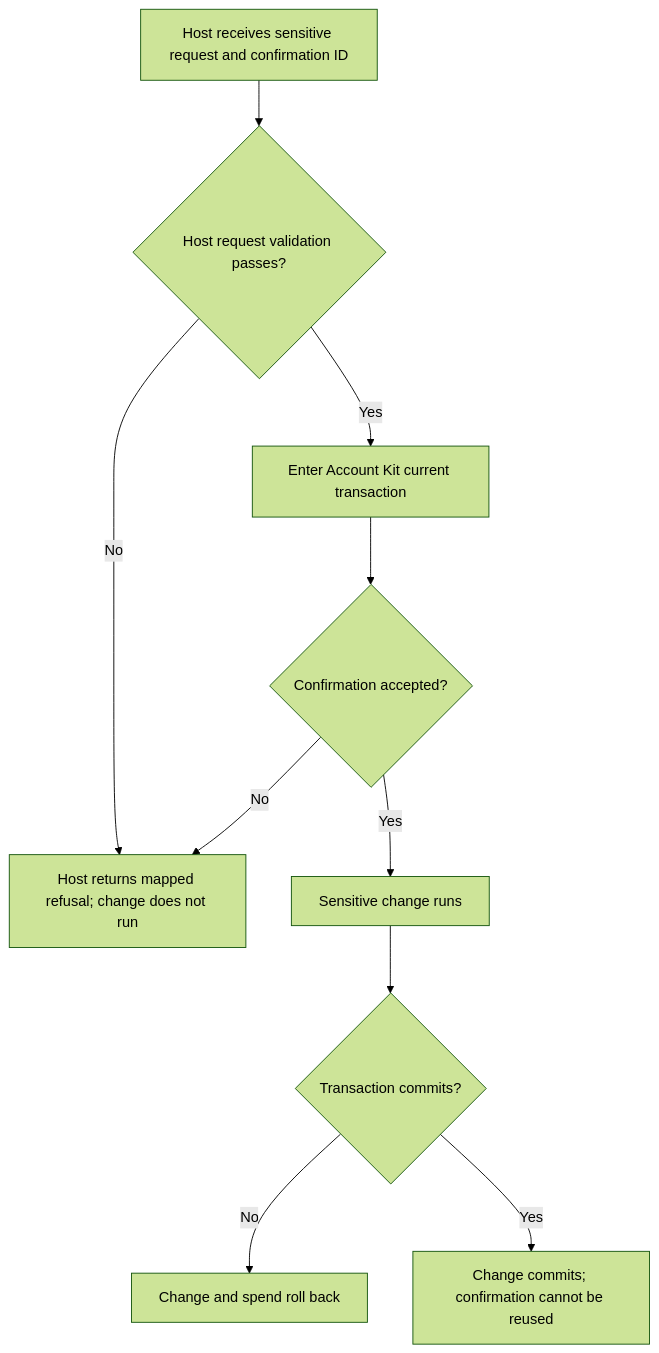
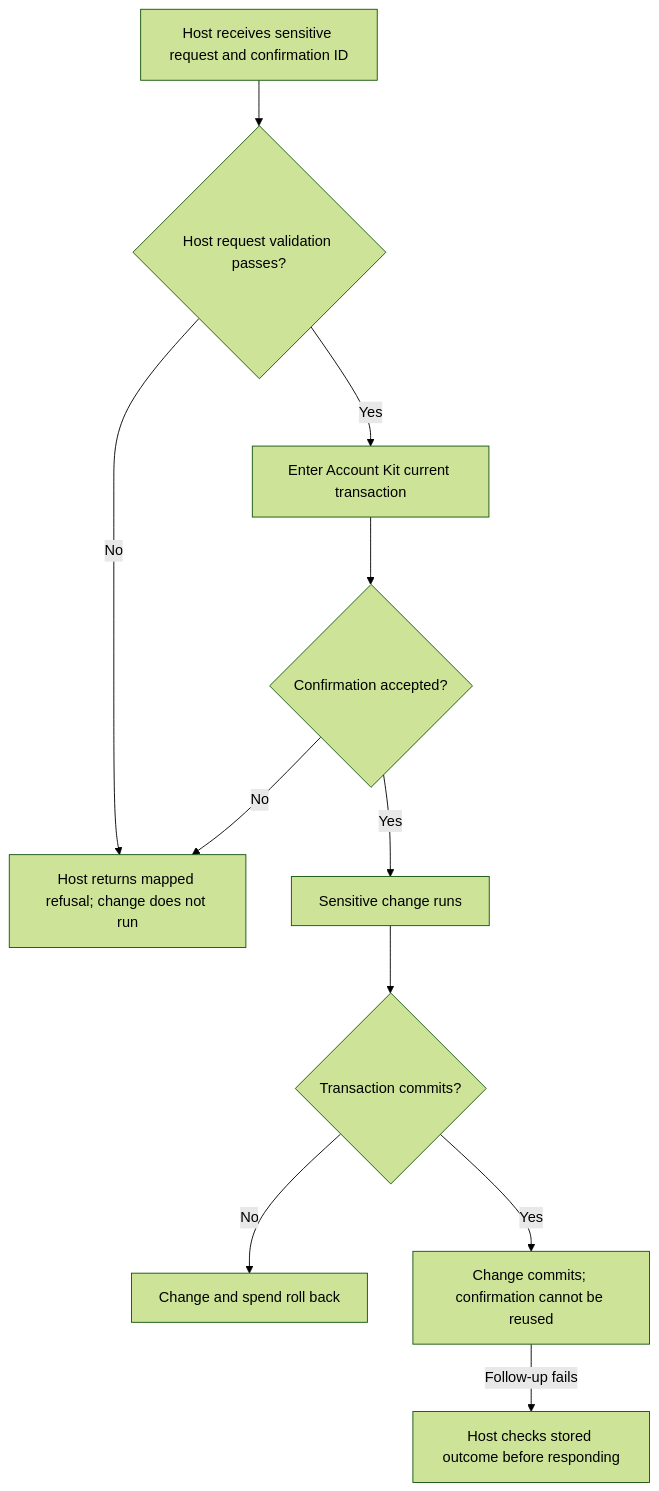
One commit to Kevinjohn/oss-adonisjs-confirm-action-with-password changed the first of 2 diagrams in user-stories/US-CONFIRM-02-spend-confirmation.md. Above: the diagram before and after it, drawn with Mermaid (forest theme). The commit also changed other lines of this file and 10 other files, not shown here.

````diff
--- a/user-stories/US-CONFIRM-02-spend-confirmation.md
+++ b/user-stories/US-CONFIRM-02-spend-confirmation.md
@@ -22,12 +23,13 @@
 ```mermaid
 flowchart TD
     A["Host receives sensitive request and confirmation ID"] --> B{"Host request validation passes?"}
     B -->|No| D
     B -->|Yes| B2["Enter Account Kit current transaction"]
     B2 --> C{"Confirmation accepted?"}
     C -->|No| D["Host returns mapped refusal; change does not run"]
     C -->|Yes| E["Sensitive change runs"]
     E --> F{"Transaction commits?"}
     F -->|No| G["Change and spend roll back"]
     F -->|Yes| H["Change commits; confirmation cannot be reused"]
+    H -->|Follow-up fails| I["Host checks stored outcome before responding"]
 ```
````
